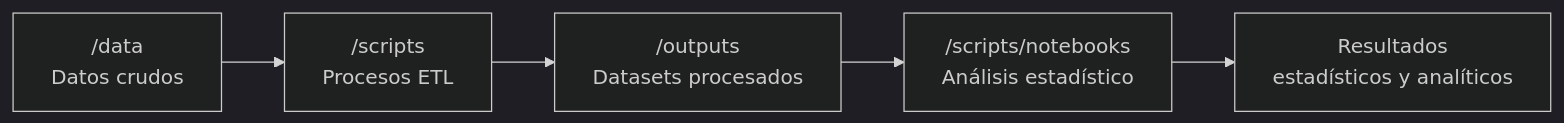
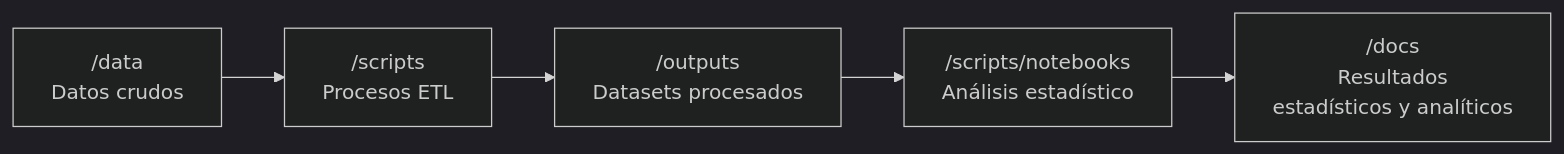
Before and after one commit to AnaTuPatrona/DataJamDistrital_Bogota2026: the second of 3 diagrams in README.md, drawn with Mermaid (dark theme). The commit also changed other lines of this file, not shown here.

````diff
--- a/README.md
+++ b/README.md
@@ -110,7 +110,7 @@
 ```mermaid
 flowchart LR
     A["/data<br/>Datos crudos"] --> B["/scripts<br/>Procesos ETL"]
     B --> C["/outputs<br/>Datasets procesados"]
     C --> D["/scripts/notebooks<br/>Análisis estadístico"]
-    D --> E["Resultados<br/>estadísticos y analíticos"]
+    D --> E["/docs<br>Resultados<br/>estadísticos y analíticos"]
 ```
````
